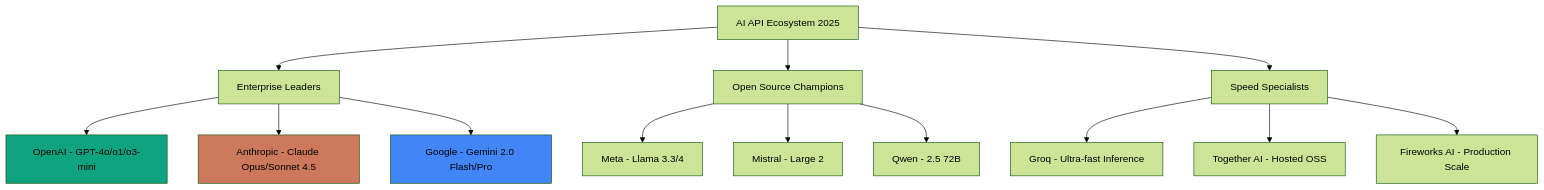
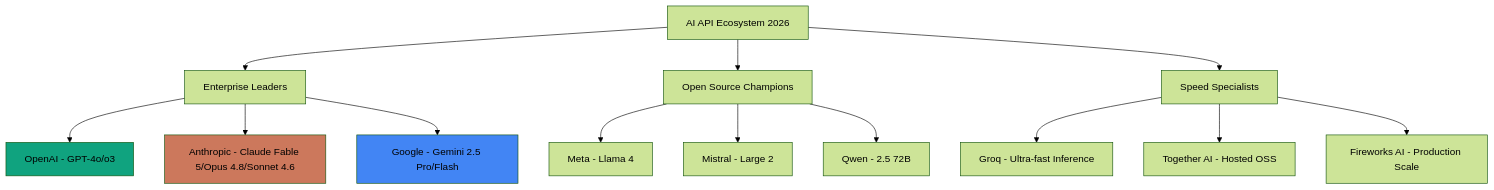
The first of 6 diagrams in public/data/workshops/workshop-02-morning-ai-api-access/01_concepts.md (DreamLab-AI/dreamlab-ai-website), drawn with Mermaid (forest theme) before and after one commit. The commit also changed other lines of this file and 111 other files, not shown here.

````diff
--- a/public/data/workshops/workshop-02-morning-ai-api-access/01_concepts.md
+++ b/public/data/workshops/workshop-02-morning-ai-api-access/01_concepts.md
@@ -9,22 +9,22 @@
 ```mermaid
 graph TD
-    A[AI API Ecosystem 2025] --> B[Enterprise Leaders]
+    A[AI API Ecosystem 2026] --> B[Enterprise Leaders]
     A --> C[Open Source Champions]
     A --> D[Speed Specialists]
 
-    B --> B1[OpenAI - GPT-4o/o1/o3-mini]
-    B --> B2[Anthropic - Claude Opus/Sonnet 4.5]
-    B --> B3[Google - Gemini 2.0 Flash/Pro]
+    B --> B1[OpenAI - GPT-4o/o3]
+    B --> B2[Anthropic - Claude Fable 5/Opus 4.8/Sonnet 4.6]
+    B --> B3[Google - Gemini 2.5 Pro/Flash]
 
-    C --> C1[Meta - Llama 3.3/4]
+    C --> C1[Meta - Llama 4]
     C --> C2[Mistral - Large 2]
     C --> C3[Qwen - 2.5 72B]
 
     D --> D1[Groq - Ultra-fast Inference]
     D --> D2[Together AI - Hosted OSS]
     D --> D3[Fireworks AI - Production Scale]
 
     style B1 fill:#10a37f
     style B2 fill:#cc785c
     style B3 fill:#4285f4
 ```
````
